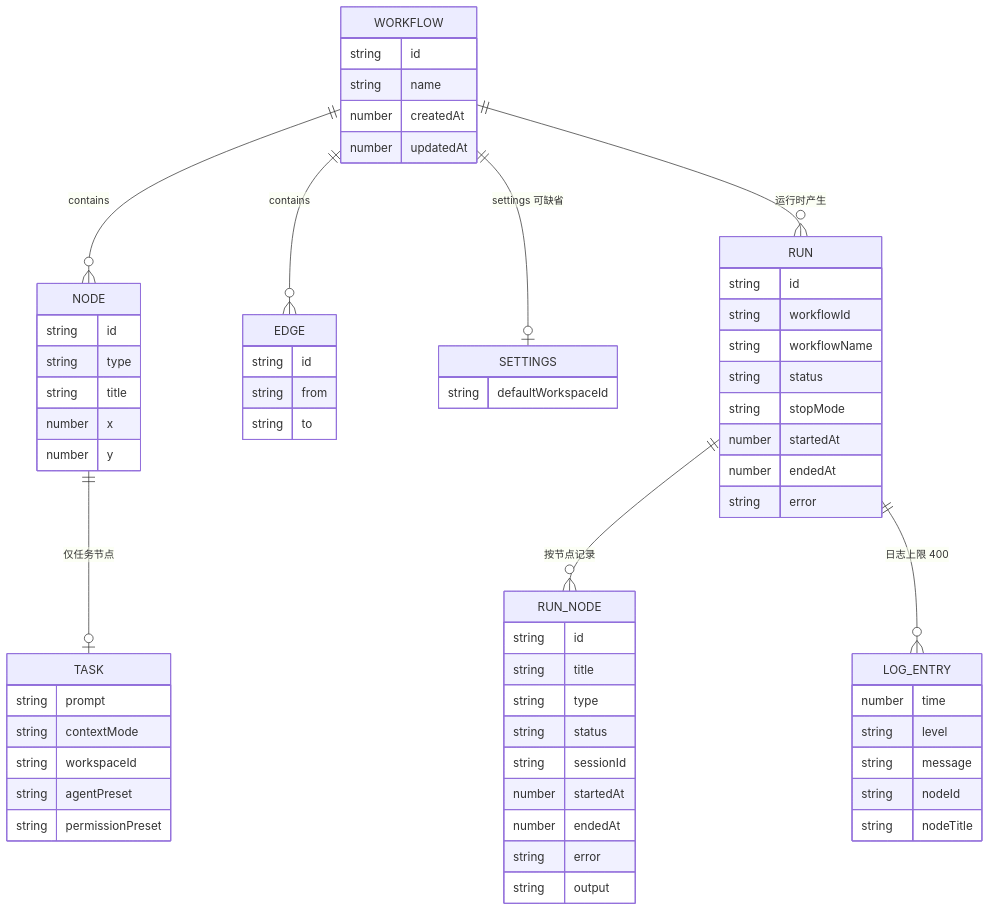
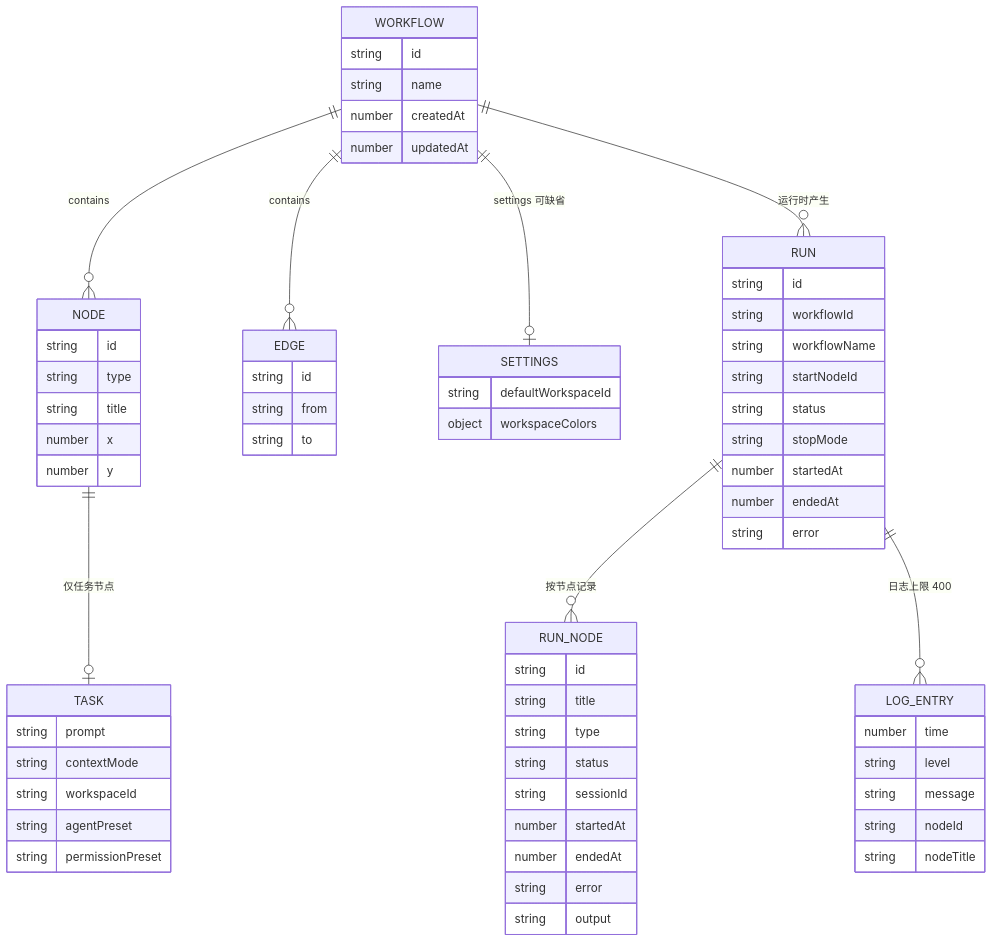
Before and after one commit to czyt1988/dsh-workflow-orchestrator: the first of 2 diagrams in docs/dev/data-model.md, drawn with Mermaid. The commit also changed other lines of this file and 32 other files, not shown here.

First line of the commit message:
docs: document workspace colors and run-from-node with refreshed screenshots

````diff
--- a/docs/dev/data-model.md
+++ b/docs/dev/data-model.md
@@ -27,67 +27,69 @@
 ```mermaid
 erDiagram
   WORKFLOW ||--o{ NODE : contains
   WORKFLOW ||--o{ EDGE : contains
   WORKFLOW ||--o| SETTINGS : "settings 可缺省"
   NODE ||--o| TASK : "仅任务节点"
   WORKFLOW ||--o{ RUN : "运行时产生"
   RUN ||--o{ RUN_NODE : "按节点记录"
   RUN ||--o{ LOG_ENTRY : "日志上限 400"
 
   WORKFLOW {
     string id
     string name
     number createdAt
     number updatedAt
   }
   NODE {
     string id
     string type
     string title
     number x
     number y
   }
   TASK {
     string prompt
     string contextMode
     string workspaceId
     string agentPreset
     string permissionPreset
   }
   EDGE {
     string id
     string from
     string to
   }
   SETTINGS {
     string defaultWorkspaceId
+    object workspaceColors
   }
   RUN {
     string id
     string workflowId
     string workflowName
+    string startNodeId
     string status
     string stopMode
     number startedAt
     number endedAt
     string error
   }
   RUN_NODE {
     string id
     string title
     string type
     string status
     string sessionId
     number startedAt
     number endedAt
     string error
     string output
   }
   LOG_ENTRY {
     number time
     string level
     string message
     string nodeId
     string nodeTitle
   }
 ```
````
